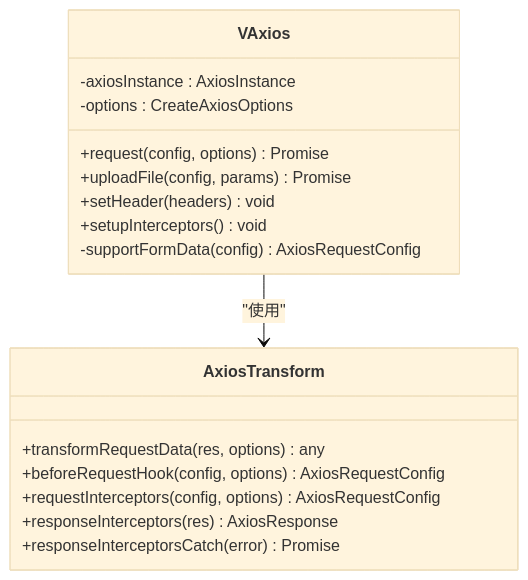
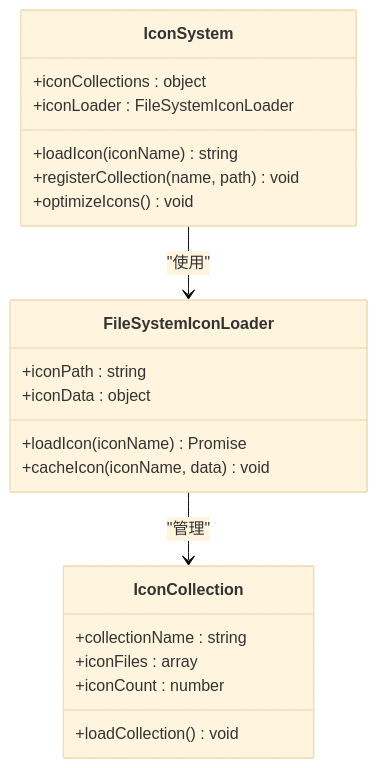
One commit to giserman001/vue3-vant4-mobile changed diagram 13 of 15 in .qoder/repowiki/zh/content/核心系统/聊天系统.md. Above: the diagram before and after it, drawn with Mermaid (base theme). The commit also changed other lines of this file and 3 other files, not shown here.

````diff
--- a/.qoder/repowiki/zh/content/核心系统/聊天系统.md
+++ b/.qoder/repowiki/zh/content/核心系统/聊天系统.md
@@ -451,20 +540,24 @@
 ```mermaid
 classDiagram
-class VAxios {
--axiosInstance : AxiosInstance
--options : CreateAxiosOptions
-+request(config, options) Promise
-+uploadFile(config, params) Promise
-+setHeader(headers) void
-+setupInterceptors() void
--supportFormData(config) AxiosRequestConfig
+class IconSystem {
++iconCollections : object
++iconLoader : FileSystemIconLoader
++loadIcon(iconName) string
++registerCollection(name, path) void
++optimizeIcons() void
 }
-class AxiosTransform {
-+transformRequestData(res, options) any
-+beforeRequestHook(config, options) AxiosRequestConfig
-+requestInterceptors(config, options) AxiosRequestConfig
-+responseInterceptors(res) AxiosResponse
-+responseInterceptorsCatch(error) Promise
+class FileSystemIconLoader {
++iconPath : string
++iconData : object
++loadIcon(iconName) Promise
++cacheIcon(iconName, data) void
 }
-VAxios --> AxiosTransform : "使用"
+class IconCollection {
++collectionName : string
++iconFiles : array
++iconCount : number
++loadCollection() void
+}
+IconSystem --> FileSystemIconLoader : "使用"
+FileSystemIconLoader --> IconCollection : "管理"
 ```
````
